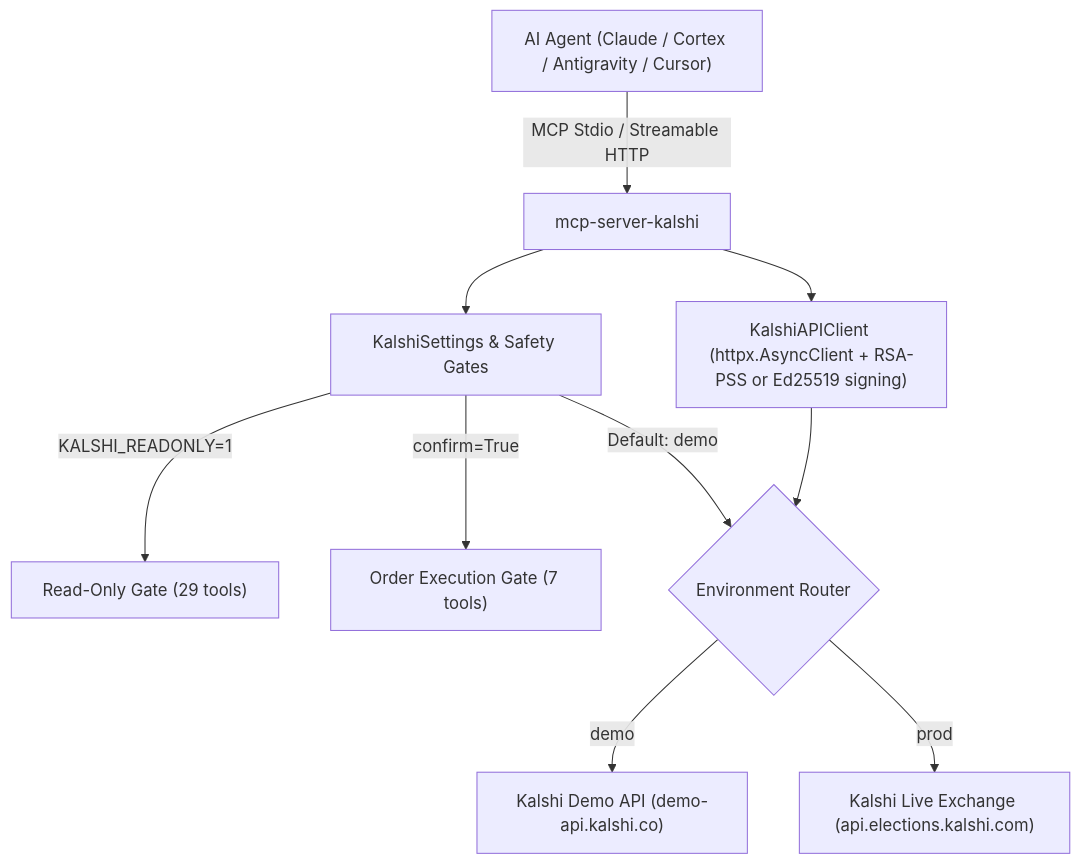
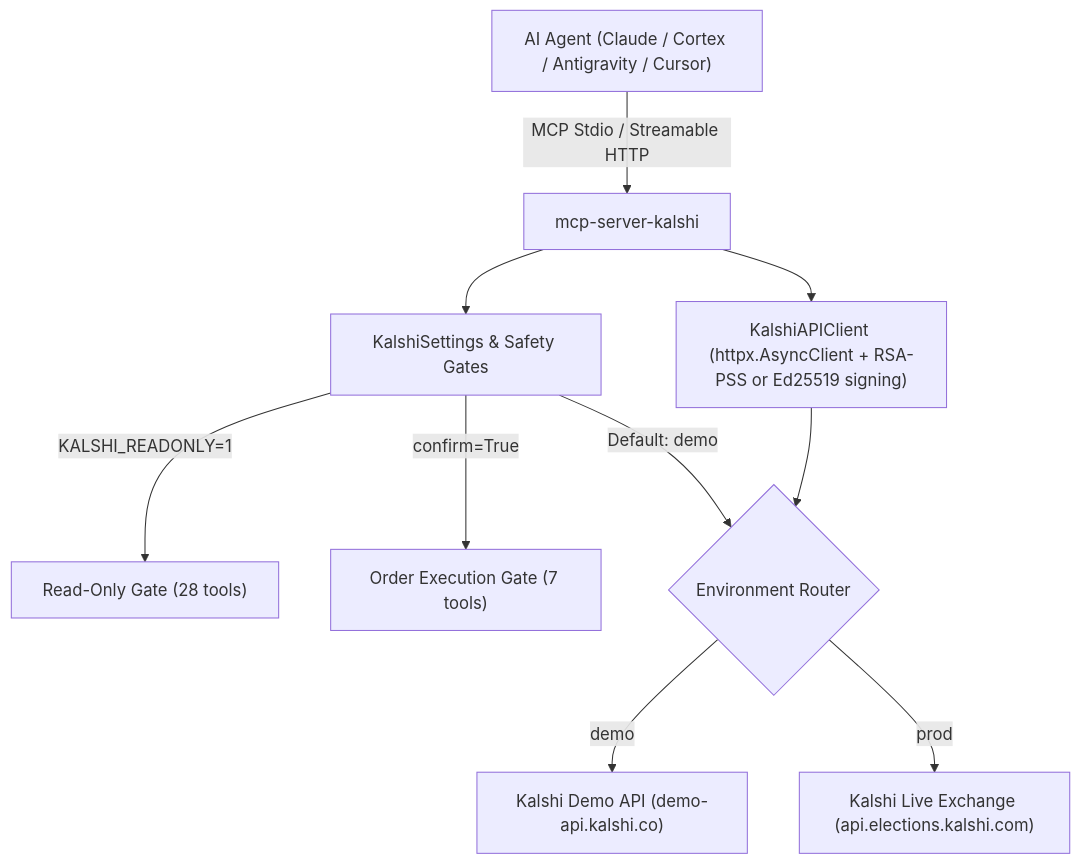
One commit to christianclaudio/mcp-server-kalshi changed the diagram in README.md. Above: the diagram before and after it, drawn with Mermaid. The commit also changed other lines of this file and 13 other files, not shown here.

````diff
--- a/README.md
+++ b/README.md
@@ -11,12 +11,12 @@
 ```mermaid
 graph TD
     Client["AI Agent (Claude / Cortex / Antigravity / Cursor)"] -->|"MCP Stdio / Streamable HTTP"| Server["mcp-server-kalshi"]
     Server --> Config["KalshiSettings & Safety Gates"]
-    Config -->|"KALSHI_READONLY=1"| RO["Read-Only Gate (29 tools)"]
+    Config -->|"KALSHI_READONLY=1"| RO["Read-Only Gate (28 tools)"]
     Config -->|"confirm=True"| Mutating["Order Execution Gate (7 tools)"]
     Config -->|"Default: demo"| EnvSelect{"Environment Router"}
     EnvSelect -->|"demo"| DemoAPI["Kalshi Demo API (demo-api.kalshi.co)"]
     EnvSelect -->|"prod"| ProdAPI["Kalshi Live Exchange (api.elections.kalshi.com)"]
     Server --> ClientPool["KalshiAPIClient (httpx.AsyncClient + RSA-PSS or Ed25519 signing)"]
     ClientPool --> EnvSelect
 ```
````
